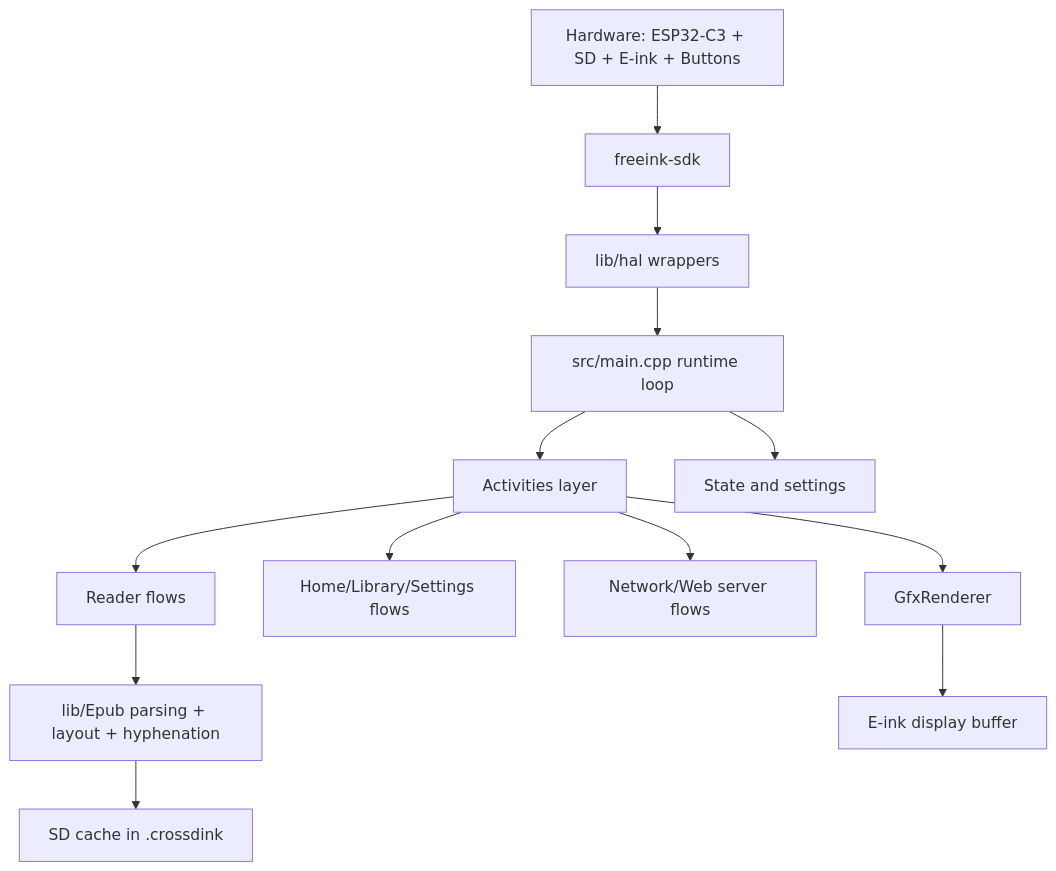
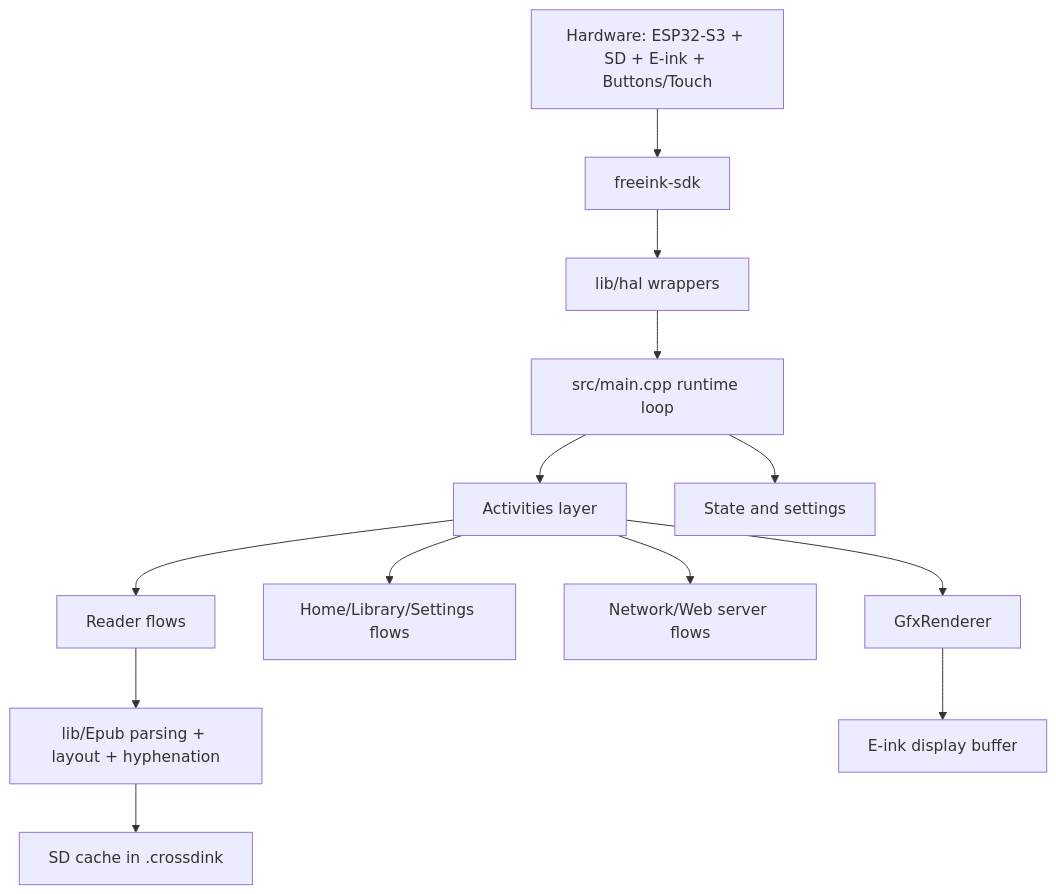
The first of 4 diagrams in docs/development/architecture.md (prokrypt/CrossDink), drawn with Mermaid before and after one commit. The commit also changed other lines of this file and 28 other files, not shown here.

````diff
--- a/docs/development/architecture.md
+++ b/docs/development/architecture.md
@@ -9,15 +9,15 @@
 ```mermaid
 graph TD
-    A[Hardware: ESP32-C3 + SD + E-ink + Buttons] --> B[freeink-sdk]
+    A[Hardware: ESP32-S3 + SD + E-ink + Buttons/Touch] --> B[freeink-sdk]
     B --> C[lib/hal wrappers]
     C --> D[src/main.cpp runtime loop]
     D --> E[Activities layer]
     D --> F[State and settings]
     E --> G[Reader flows]
     E --> H[Home/Library/Settings flows]
     E --> I[Network/Web server flows]
     G --> J[lib/Epub parsing + layout + hyphenation]
     J --> K[SD cache in .crossdink]
     E --> L[GfxRenderer]
     L --> M[E-ink display buffer]
 ```
````
